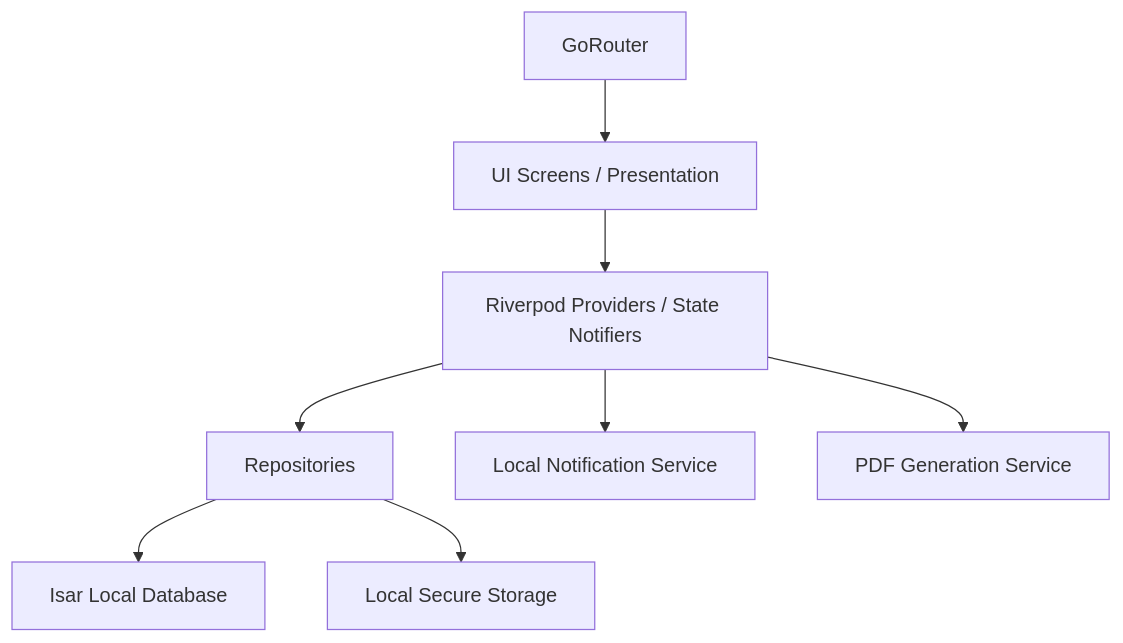
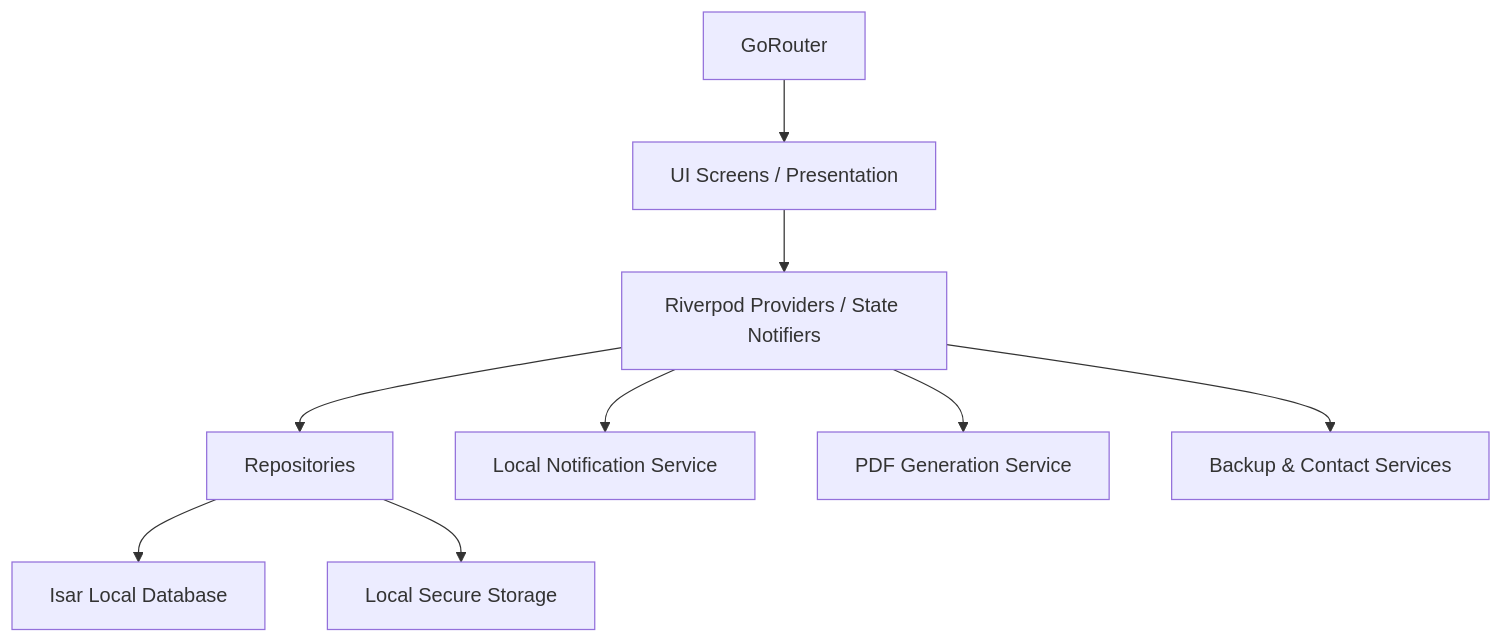
Before and after one commit to Najeeb1106/khataflow_mob_app: the diagram in README.md, drawn with Mermaid. The commit also changed other lines of this file, not shown here.

Commit message:
docs: document backup/restore and contact integration features in README.md

````diff
--- a/README.md
+++ b/README.md
@@ -31,10 +33,11 @@
 ```mermaid
 graph TD
     A[GoRouter] --> B[UI Screens / Presentation]
     B --> C[Riverpod Providers / State Notifiers]
     C --> D[Repositories]
     D --> E[Isar Local Database]
     D --> F[Local Secure Storage]
     C --> G[Local Notification Service]
     C --> H[PDF Generation Service]
+    C --> I[Backup & Contact Services]
 ```
````
